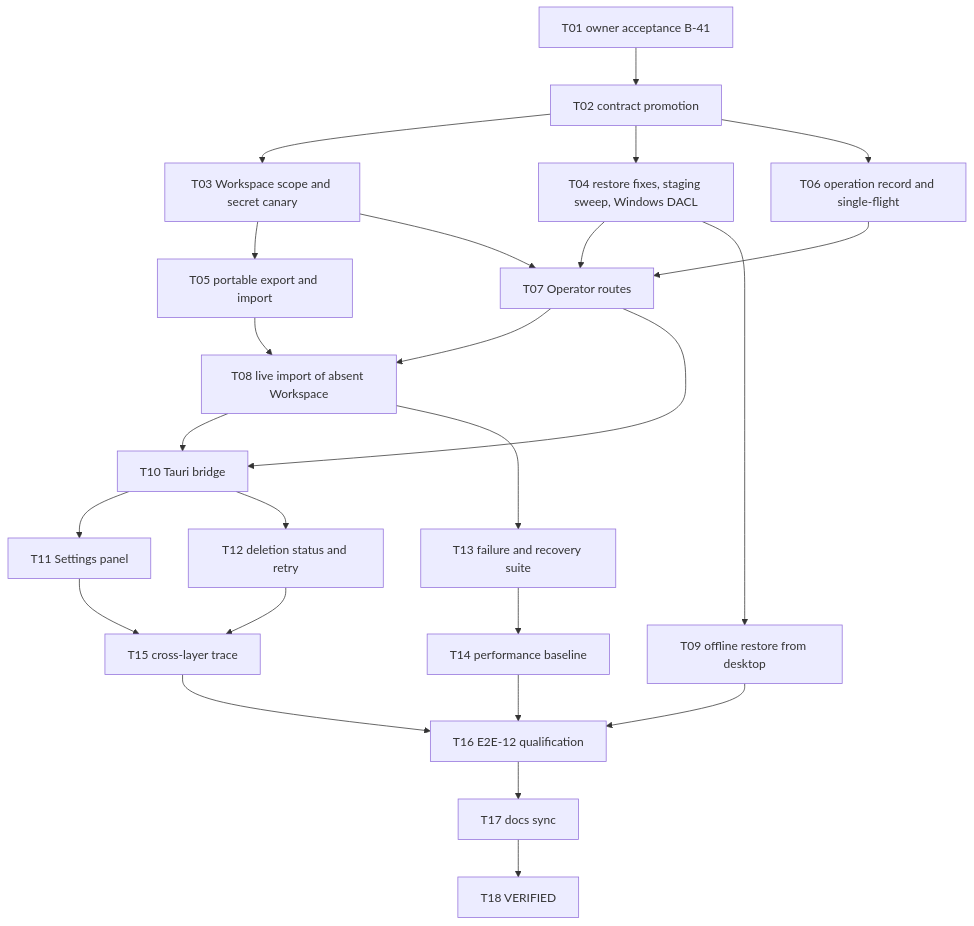
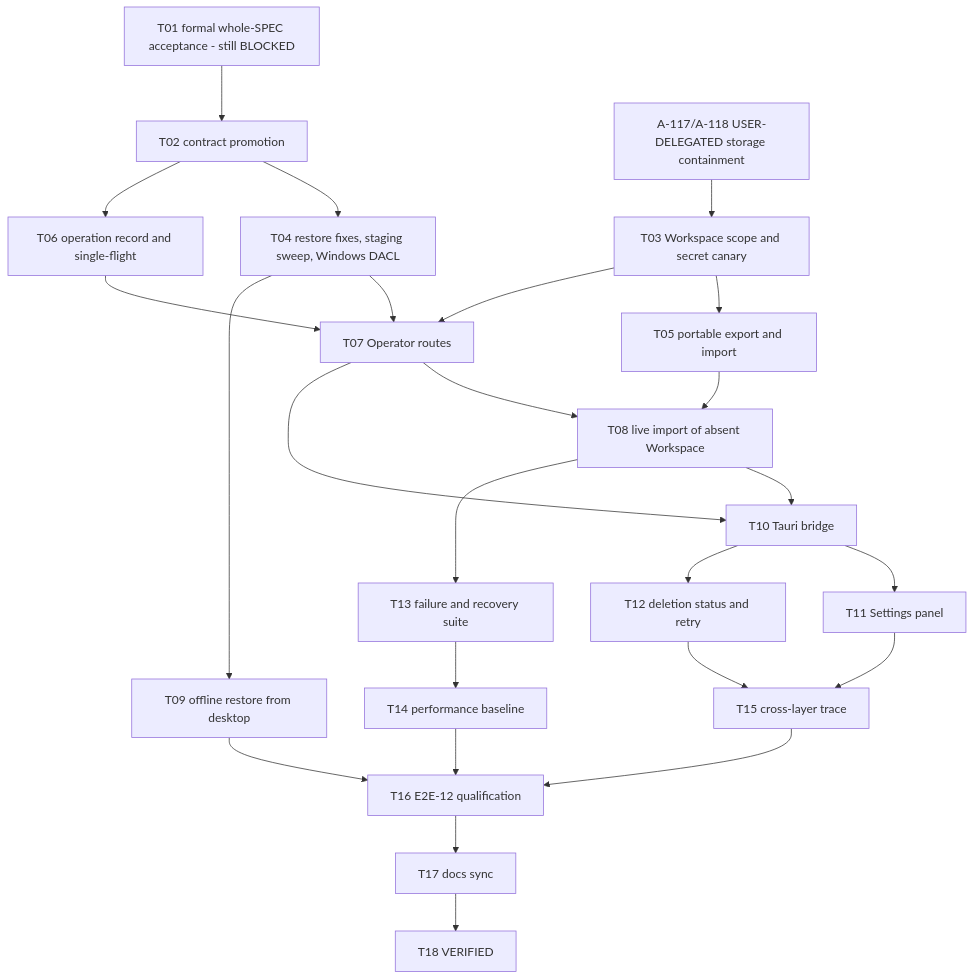
One commit to sarv-projects/litecowork changed the diagram in specs/017-data-portability-backup-restore/PLAN.md. Above: the diagram before and after it, drawn with Mermaid. The commit also changed other lines of this file and 21 other files, not shown here.

Commit message:
fix(backup): scope snapshots to one workspace

````diff
--- a/specs/017-data-portability-backup-restore/PLAN.md
+++ b/specs/017-data-portability-backup-restore/PLAN.md
@@ -16,27 +16,27 @@
 ```mermaid
 flowchart TD
-  T01[T01 owner acceptance B-41] --> T02[T02 contract promotion]
-  T02 --> T03[T03 Workspace scope and secret canary]
+  T01[T01 formal whole-SPEC acceptance - still BLOCKED] --> T02[T02 contract promotion]
+  A117[A-117/A-118 USER-DELEGATED storage containment] --> T03[T03 Workspace scope and secret canary]
   T02 --> T04[T04 restore fixes, staging sweep, Windows DACL]
   T02 --> T06[T06 operation record and single-flight]
   T03 --> T05[T05 portable export and import]
   T03 --> T07[T07 Operator routes]
   T04 --> T07
   T06 --> T07
   T05 --> T08[T08 live import of absent Workspace]
   T07 --> T08
   T04 --> T09[T09 offline restore from desktop]
   T07 --> T10[T10 Tauri bridge]
   T08 --> T10
   T10 --> T11[T11 Settings panel]
   T10 --> T12[T12 deletion status and retry]
   T08 --> T13[T13 failure and recovery suite]
   T13 --> T14[T14 performance baseline]
   T11 --> T15[T15 cross-layer trace]
   T12 --> T15
   T15 --> T16[T16 E2E-12 qualification]
   T09 --> T16
   T14 --> T16
   T16 --> T17[T17 docs sync]
   T17 --> T18[T18 VERIFIED]
 ```
````
